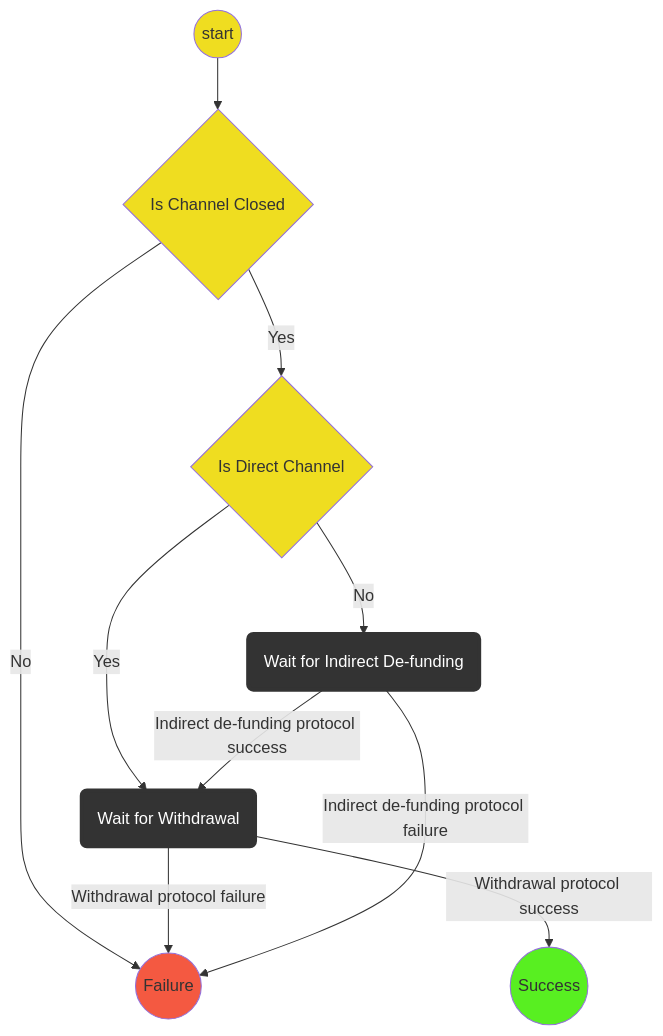
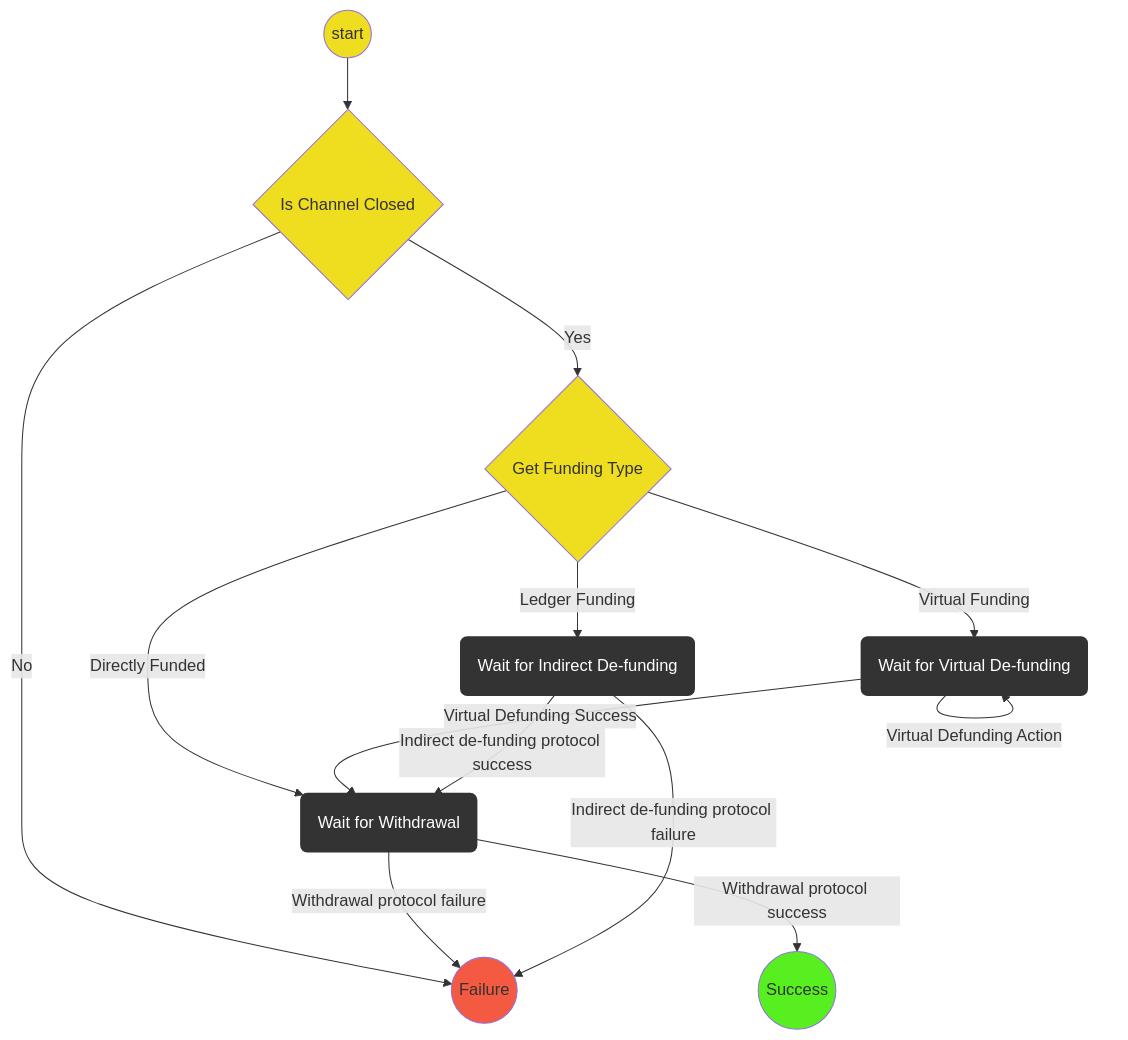
Before and after one commit to magmo/apps: the diagram in packages/wallet/src/redux/protocols/defunding/readme.md, drawn with Mermaid. The commit also changed 6 other files, not shown here.

Commit message:
Add virtual defunding to defunding protocol

````diff
--- a/packages/wallet/src/redux/protocols/defunding/readme.md
+++ b/packages/wallet/src/redux/protocols/defunding/readme.md
@@ -13,22 +13,25 @@
 ```mermaid
 graph TD
 linkStyle default interpolate basis
   S((start))-->ICC{Is Channel Closed}
   ICC-->|No|F((failure))
-  ICC-->|Yes|ID{Is Direct Channel}
-  ID-->|Yes|WP(Wait for Withdrawal)
-  ID -->|No|LDP(Wait for Indirect De-funding)
+  ICC-->|Yes|ID{Get Funding Type}
+  ID-->|Directly Funded|WP(Wait for Withdrawal)
+  ID -->|Ledger Funding|LDP(Wait for Indirect De-funding)
+  ID -->|Virtual Funding|VD(Wait for Virtual De-funding)
+  VD -->|Virtual Defunding Action|VD
+  VD -->|Virtual Defunding Success|WP(Wait for Withdrawal)
   LDP-->|Indirect de-funding protocol success|WP(Wait for Withdrawal)
   WP-->|Withdrawal protocol success|Su((Success))
   WP-->|Withdrawal protocol failure|F((Failure))
   LDP-->|Indirect de-funding protocol failure|F
 
   classDef logic fill:#efdd20;
   classDef Success fill:#58ef21;
   classDef Failure fill:#f45941;
   classDef WaitForChildProtocol stroke:#333,stroke-width:4px,color:#ffff,fill:#333;
   class S,ICC,ID logic;
   class Su Success;
   class F Failure;
-  class WP,LDP WaitForChildProtocol;
+  class WP,LDP,VD WaitForChildProtocol;
 ```
````
